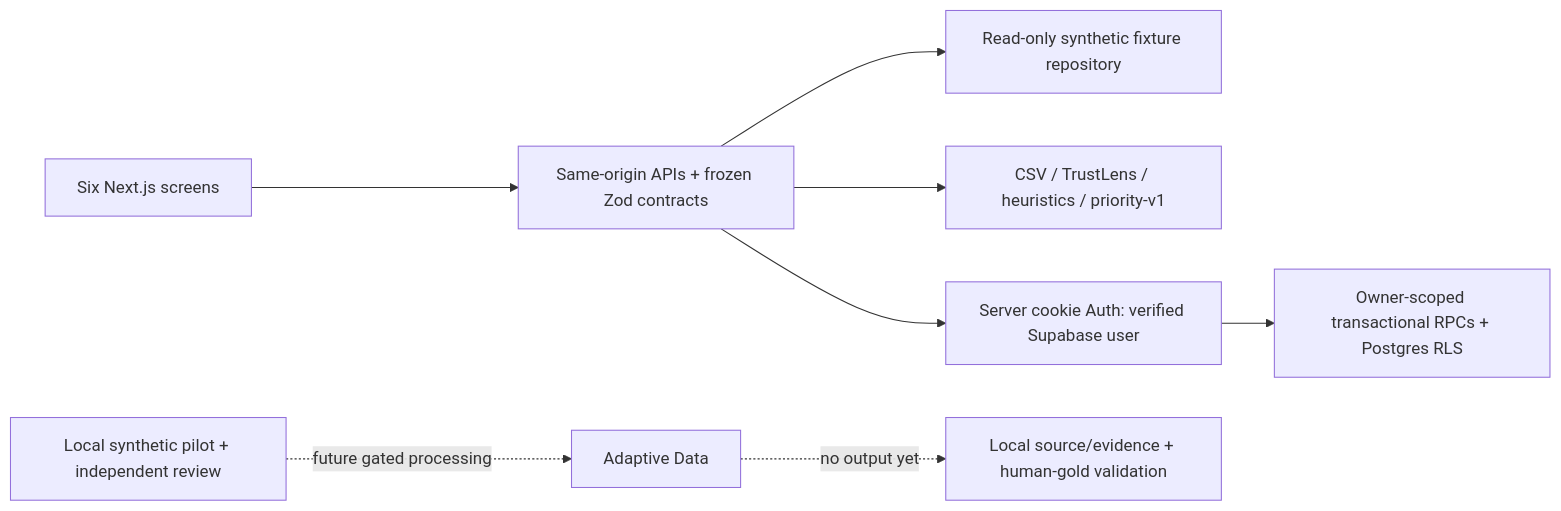
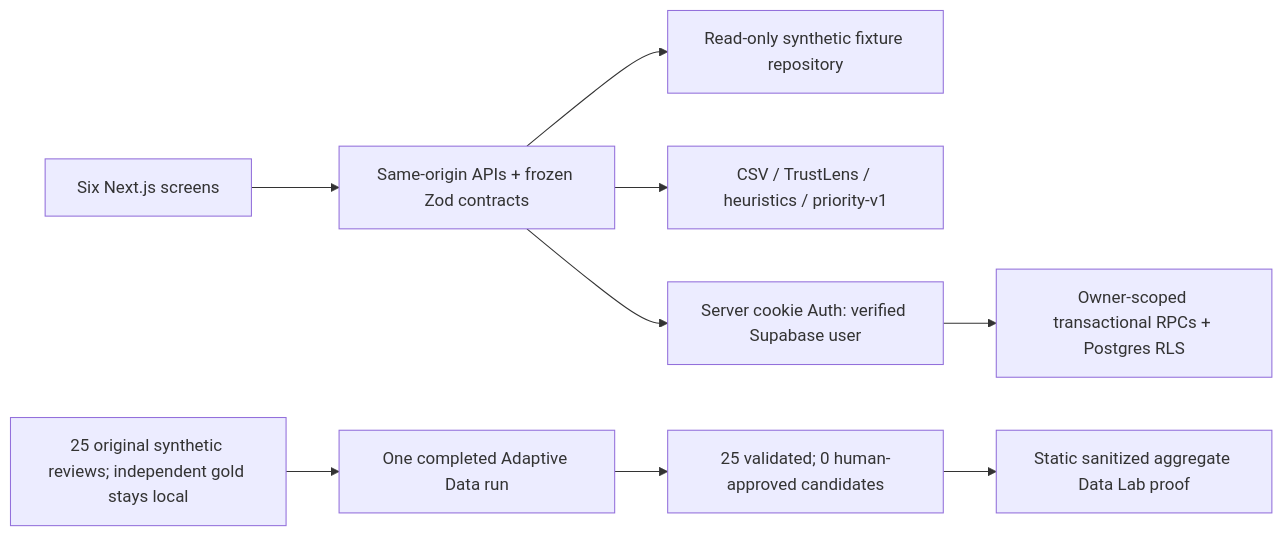
Before and after one commit to yashshah1211/InsightFlow: the diagram in README.md, drawn with Mermaid. The commit also changed other lines of this file and 31 other files, not shown here.

Commit message:
feat: disclose completed synthetic Adaption pilot with aggregate evidence

````diff
--- a/README.md
+++ b/README.md
@@ -32,10 +32,11 @@
 ```mermaid
 flowchart LR
   UI[Six Next.js screens] --> API[Same-origin APIs + frozen Zod contracts]
   API --> Public[Read-only synthetic fixture repository]
   API --> Logic[CSV / TrustLens / heuristics / priority-v1]
   API --> Auth[Server cookie Auth: verified Supabase user]
   Auth --> DB[Owner-scoped transactional RPCs + Postgres RLS]
-  Pilot[Local synthetic pilot + independent review] -. future gated processing .-> Adaption[Adaptive Data]
-  Adaption -. no output yet .-> Validate[Local source/evidence + human-gold validation]
+  Pilot[25 original synthetic reviews; independent gold stays local] --> Adaption[One completed Adaptive Data run]
+  Adaption --> Validate[25 validated; 0 human-approved candidates]
+  Validate --> Proof[Static sanitized aggregate Data Lab proof]
 ```
````
